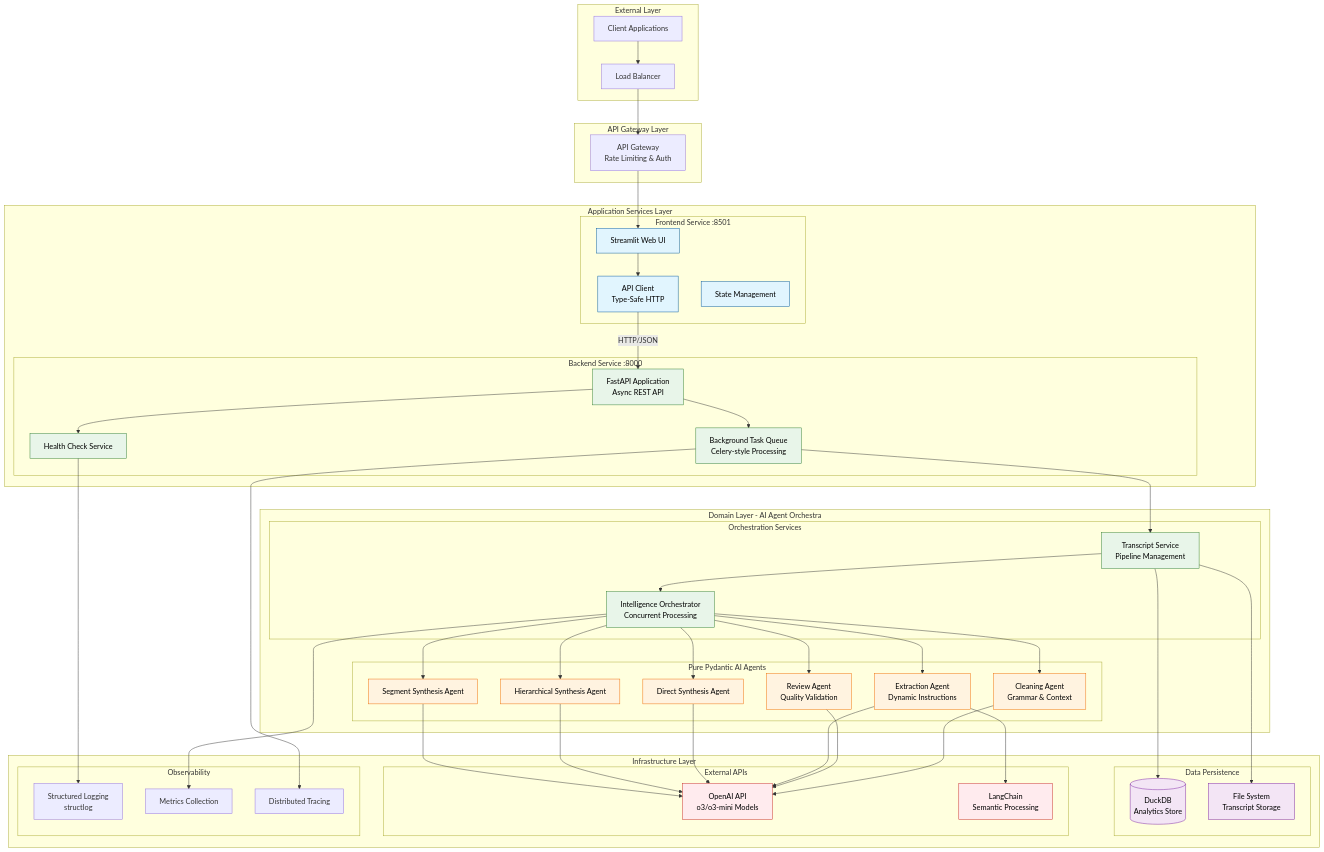
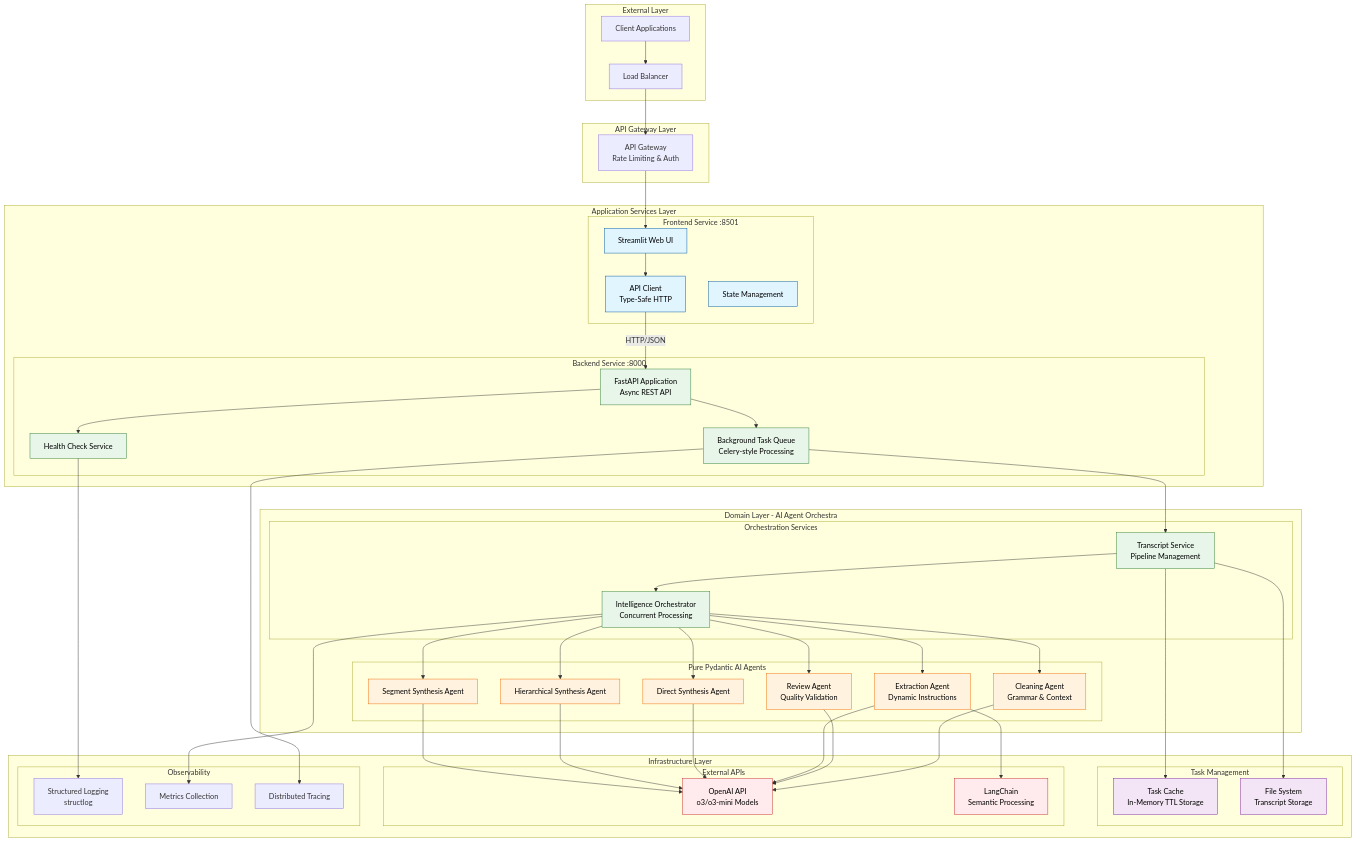
One commit to denim-bluu/meeting_transcripts_cleaner changed the first of 2 diagrams in README.md. Above: the diagram before and after it, drawn with Mermaid. The commit also changed other lines of this file and 74 other files, not shown here.

````diff
--- a/README.md
+++ b/README.md
@@ -124,8 +125,8 @@
     end
 
     subgraph "Infrastructure Layer"
-        subgraph "Data Persistence"
-            DD[(DuckDB<br/>Analytics Store)]
+        subgraph "Task Management"
+            TC[Task Cache<br/>In-Memory TTL Storage]
             FS[File System<br/>Transcript Storage]
         end
 
@@ -170,7 +171,7 @@
     SSA --> OAI
 
     EA --> LC
-    TS --> DD
+    TS --> TC
     TS --> FS
 
     %% Health and monitoring
@@ -189,6 +190,6 @@
     class SF,AC,SM frontend
     class FA,BT,HC,IO,TS backend
     class CA,RA,EA,DSA,HSA,SSA agents
-    class DD,FS data
+    class TC,FS data
     class OAI,LC external
 ```
````
